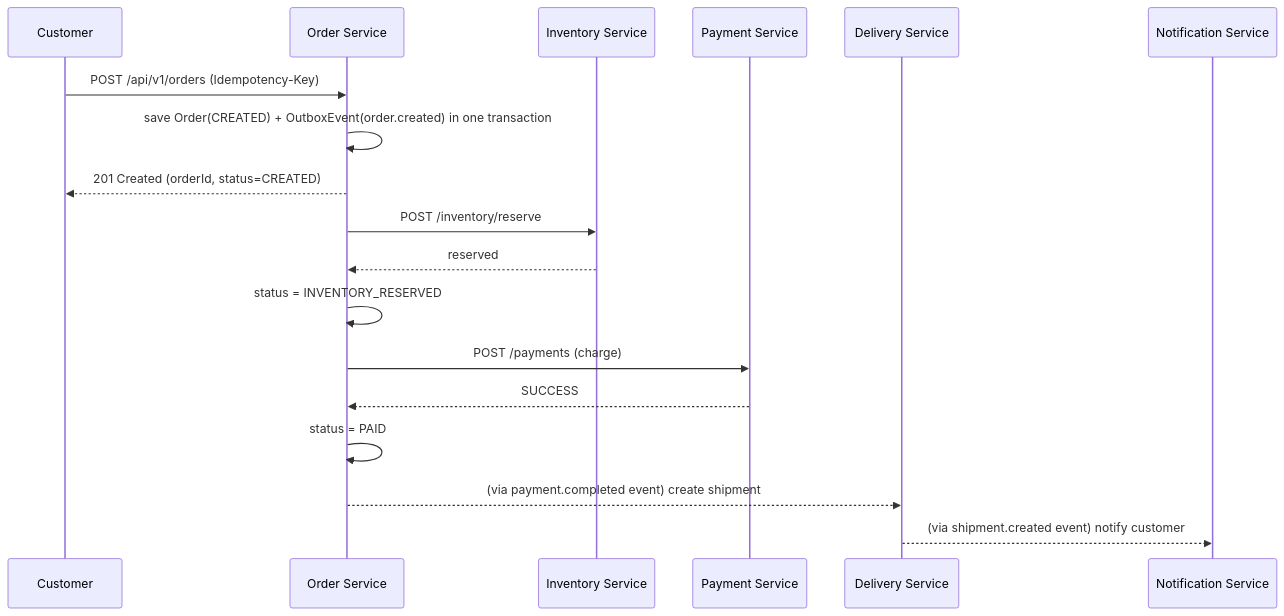
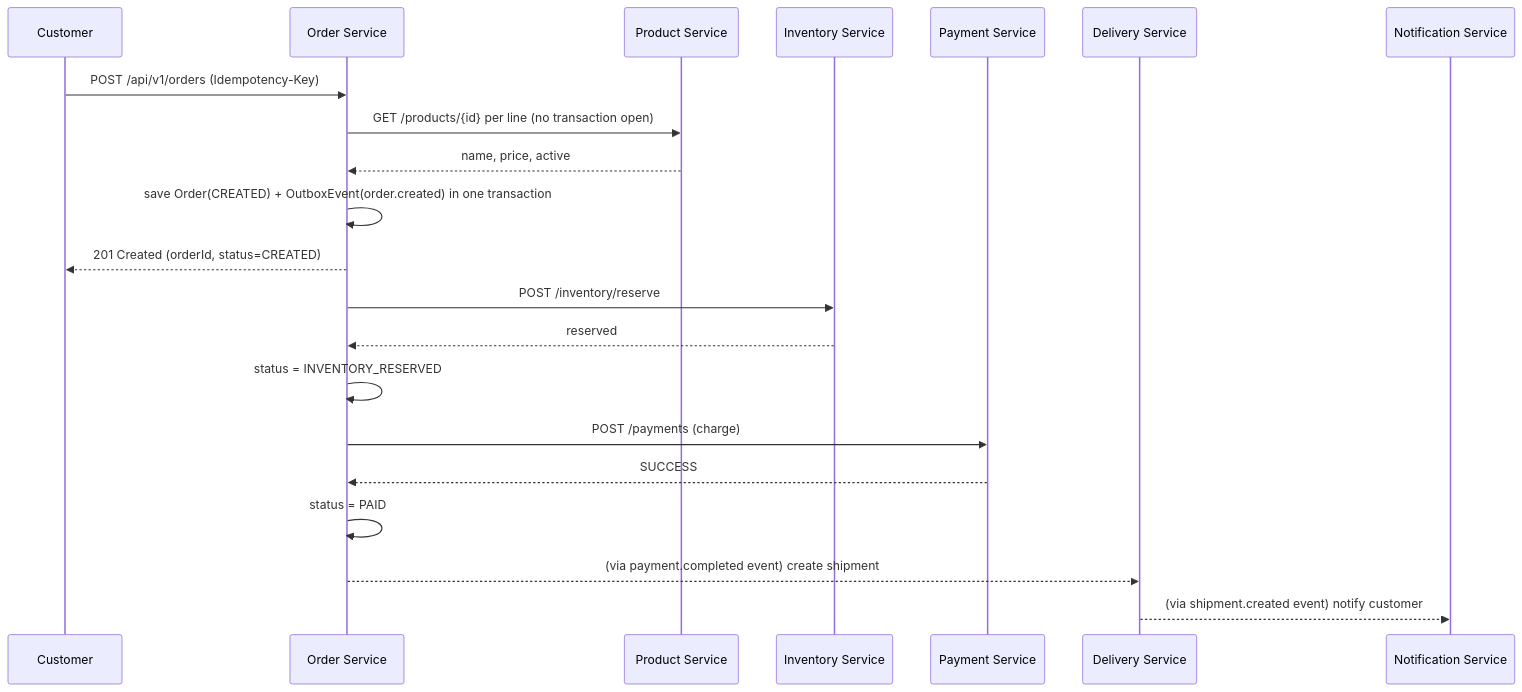
One commit to yassinefourati/smart-delivery-platform changed the third of 3 diagrams in docs/order-flow.md. Above: the diagram before and after it, drawn with Mermaid. The commit also changed other lines of this file and 35 other files, not shown here.

````diff
--- a/docs/order-flow.md
+++ b/docs/order-flow.md
@@ -86,21 +86,24 @@
 ```mermaid
 sequenceDiagram
     participant C as Customer
     participant O as Order Service
+    participant PR as Product Service
     participant I as Inventory Service
     participant P as Payment Service
     participant D as Delivery Service
     participant N as Notification Service
 
     C->>O: POST /api/v1/orders (Idempotency-Key)
+    O->>PR: GET /products/{id} per line (no transaction open)
+    PR-->>O: name, price, active
     O->>O: save Order(CREATED) + OutboxEvent(order.created) in one transaction
     O-->>C: 201 Created (orderId, status=CREATED)
     O->>I: POST /inventory/reserve
     I-->>O: reserved
     O->>O: status = INVENTORY_RESERVED
     O->>P: POST /payments (charge)
     P-->>O: SUCCESS
     O->>O: status = PAID
     O-->>D: (via payment.completed event) create shipment
     D-->>N: (via shipment.created event) notify customer
 ```
````
